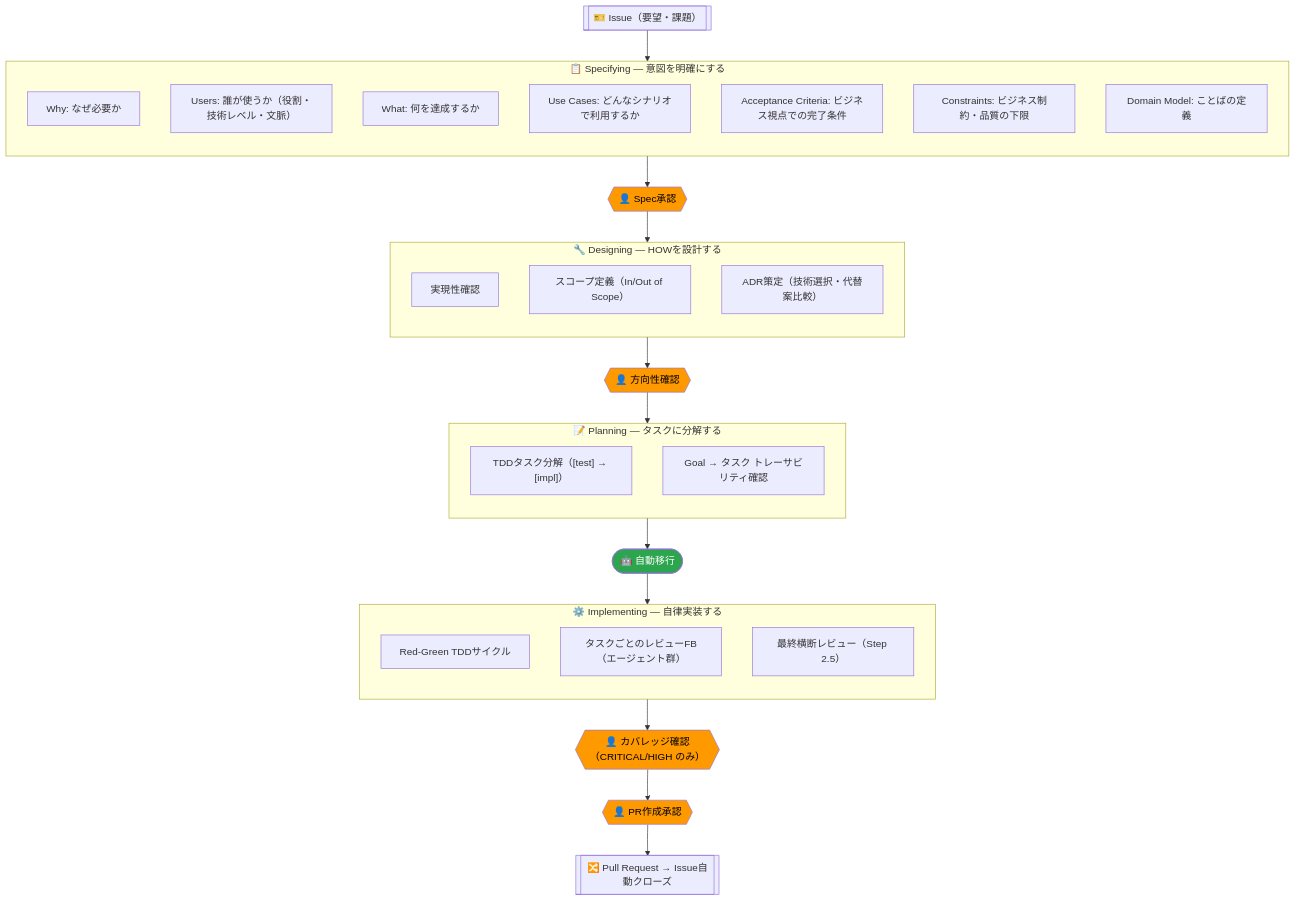
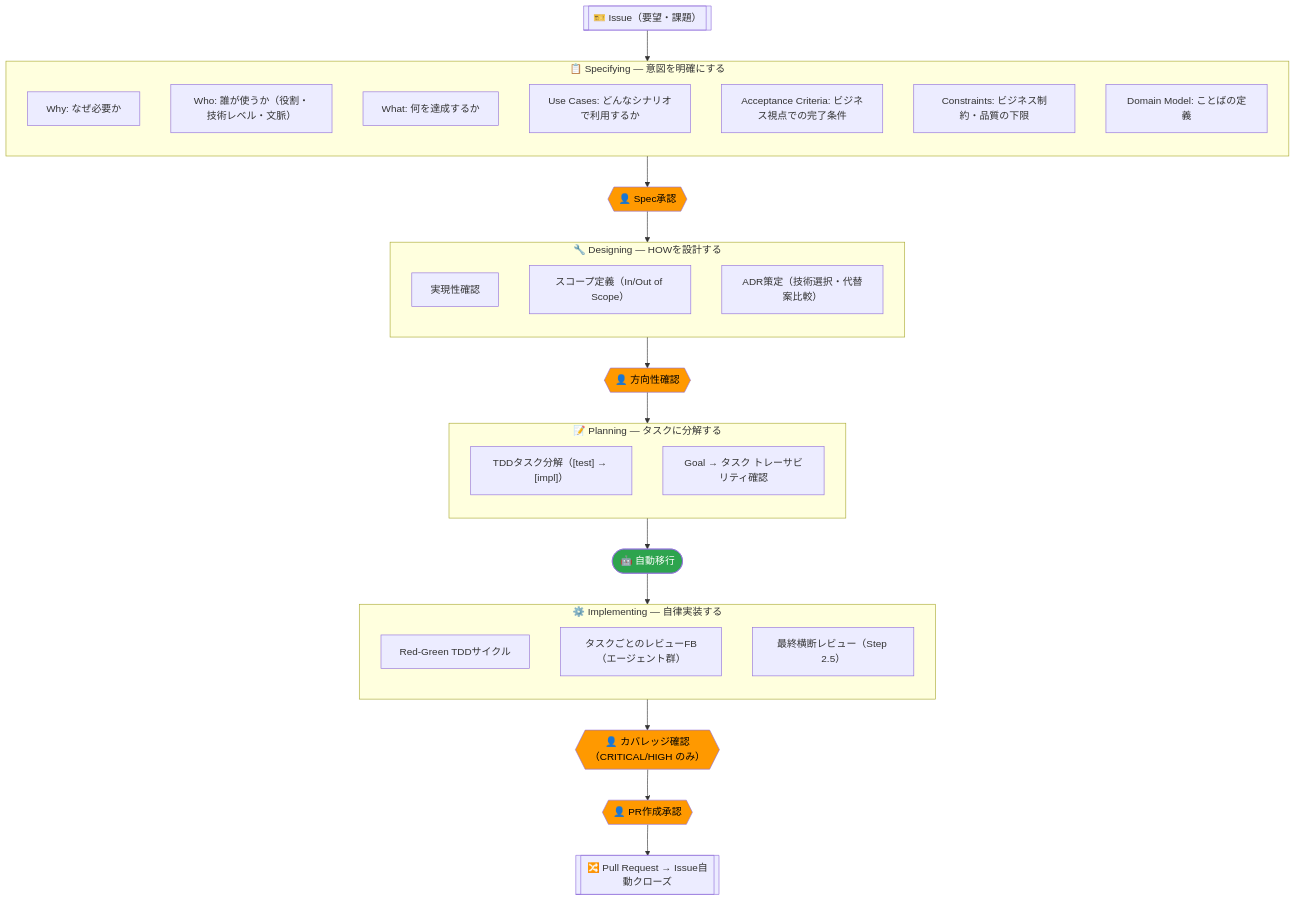
The first of 4 diagrams in plugins/arc/docs/arc-flow.md (kogatakanori/skills), drawn with Mermaid before and after one commit. The commit also changed other lines of this file and 3 other files, not shown here.

First line of the commit message:
refactor(arc): rename Users → Who in spec sections

````diff
--- a/plugins/arc/docs/arc-flow.md
+++ b/plugins/arc/docs/arc-flow.md
@@ -63,53 +63,53 @@
 ```mermaid
 flowchart TD
     Issue[["🎫 Issue（要望・課題）"]]
 
     subgraph S["📋 Specifying — 意図を明確にする"]
         direction TB
         s1["Why: なぜ必要か"]
-        s6["Users: 誰が使うか（役割・技術レベル・文脈）"]
+        s6["Who: 誰が使うか（役割・技術レベル・文脈）"]
         s2["What: 何を達成するか"]
         s7["Use Cases: どんなシナリオで利用するか"]
         s3["Acceptance Criteria: ビジネス視点での完了条件"]
         s4["Constraints: ビジネス制約・品質の下限"]
         s5["Domain Model: ことばの定義"]
     end
 
     HG1{{"👤 Spec承認"}}
 
     subgraph D["🔧 Designing — HOWを設計する"]
         direction TB
         d1["実現性確認"]
         d2["スコープ定義（In/Out of Scope）"]
         d3["ADR策定（技術選択・代替案比較）"]
     end
 
     HG2{{"👤 方向性確認"}}
 
     subgraph P["📝 Planning — タスクに分解する"]
         direction TB
         p1["TDDタスク分解（[test] → [impl]）"]
         p2["Goal → タスク トレーサビリティ確認"]
     end
 
     AUTO(["🤖 自動移行"])
 
     subgraph I["⚙️ Implementing — 自律実装する"]
         direction TB
         i1["Red-Green TDDサイクル"]
         i2["タスクごとのレビューFB（エージェント群）"]
         i3["最終横断レビュー（Step 2.5）"]
     end
 
     HG3{{"👤 カバレッジ確認\n（CRITICAL/HIGH のみ）"}}
     HG4{{"👤 PR作成承認"}}
     PR[["🔀 Pull Request → Issue自動クローズ"]]
 
     Issue --> S --> HG1 --> D --> HG2 --> P --> AUTO --> I --> HG3 --> HG4 --> PR
 
     style HG1 fill:#ff9900,color:#000
     style HG2 fill:#ff9900,color:#000
     style HG3 fill:#ff9900,color:#000
     style HG4 fill:#ff9900,color:#000
     style AUTO fill:#2da44e,color:#fff
 ```
````
